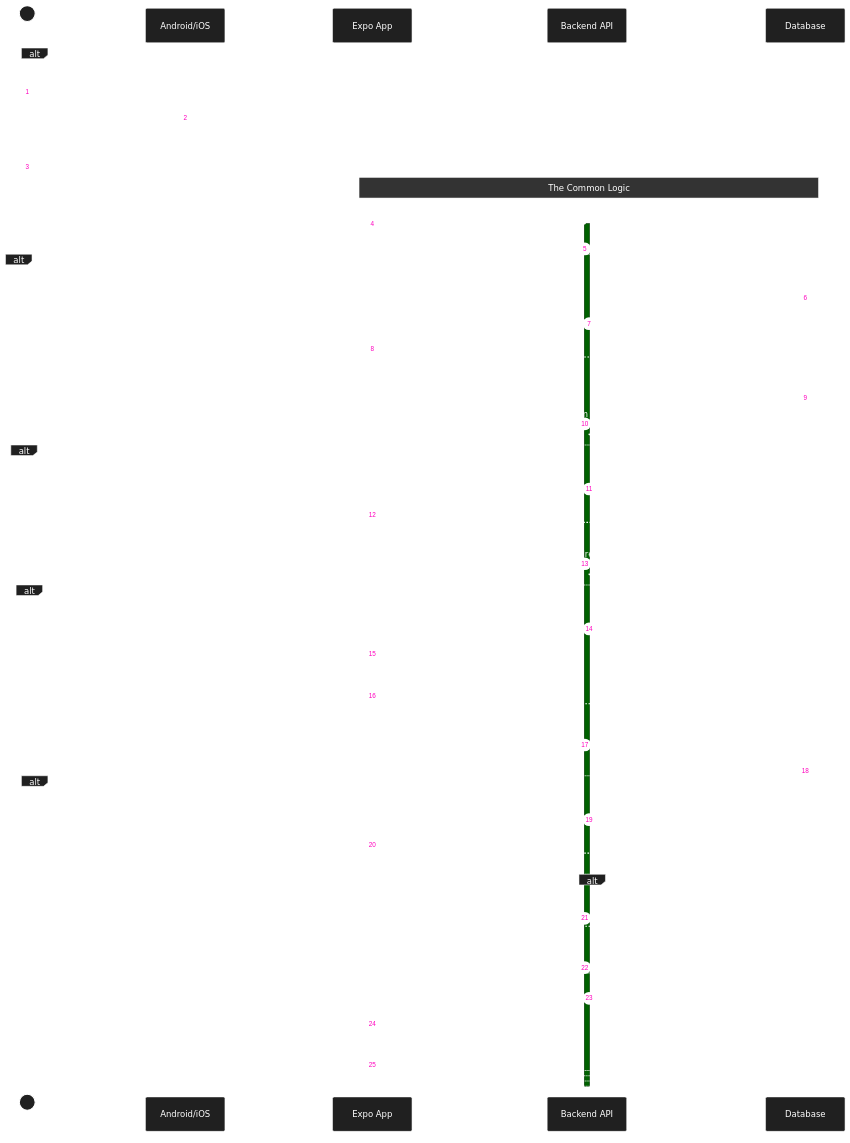
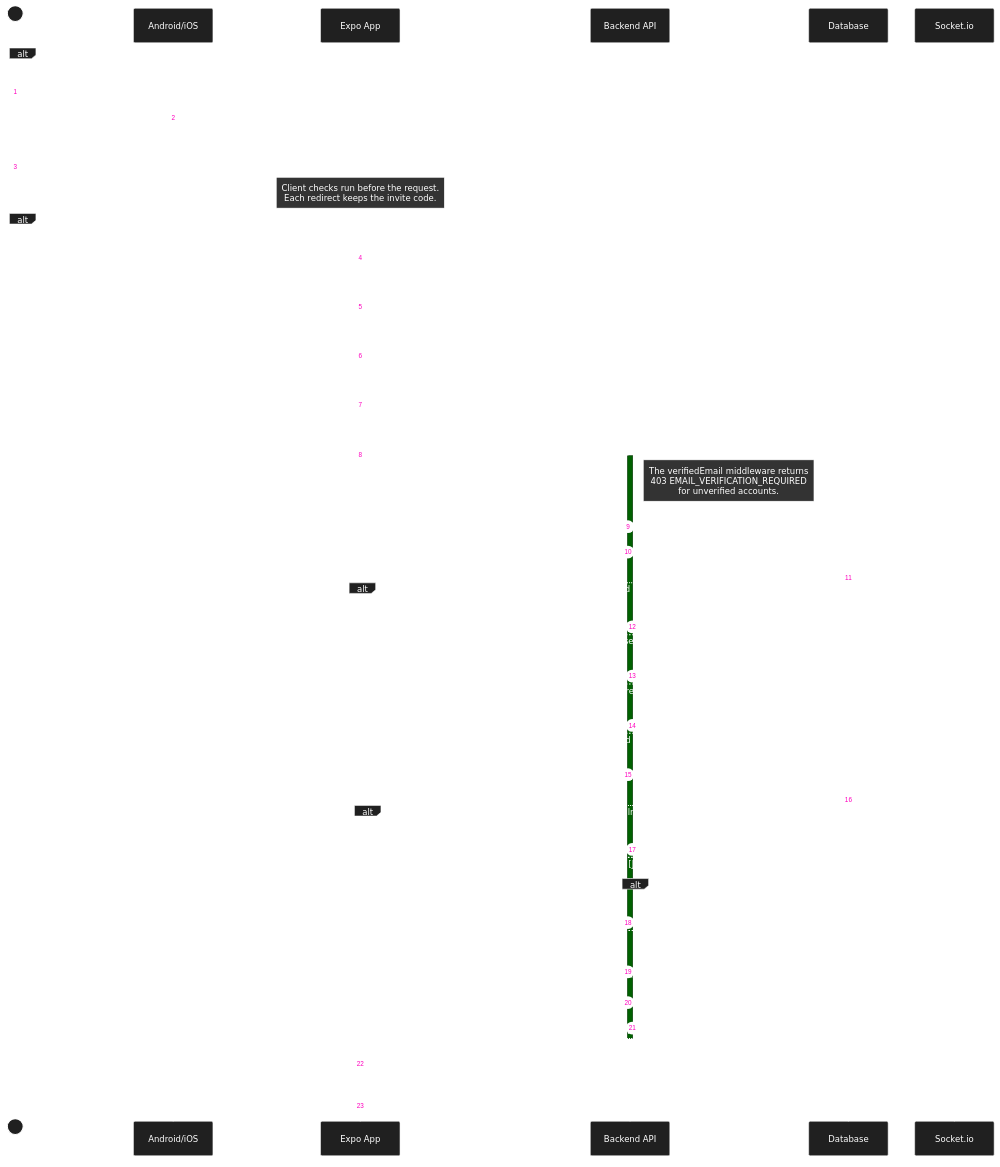
Before and after one commit to michaelgreenl/tally-tracker: the diagram in docs/diagrams/sequence/counter/join-shared.md, drawn with Mermaid. The commit also changed 8 other files, not shown here.

First line of the commit message:
docs(diagrams): match the diagrams to the current code

````diff
--- a/docs/diagrams/sequence/counter/join-shared.md
+++ b/docs/diagrams/sequence/counter/join-shared.md
@@ -3,82 +3,82 @@
 ```mermaid
 %%{
   init: {
     'theme': 'base',
     'themeVariables': {
       'primaryColor': '#202020',
       'primaryTextColor': '#fff',
       'primaryBorderColor': '#ffffff',
       'lineColor': '#00ff41',
       'secondaryColor': '#006100',
       'tertiaryColor': '#fff',
       'noteBkgColor': '#333',
       'noteTextColor': '#fff',
       'noteBorderColor': '#fff'
     }
   }
 }%%
 
 sequenceDiagram
     autonumber
     actor User
     participant OS as Android/iOS
     participant App as Expo App
     participant API as Backend API
     participant DB as Database
+    participant Socket as Socket.io
 
     alt Entry Point A: Deep Link
         User->>OS: Click "tally://join?code=XYZ"
         OS->>App: Expo Router opens /join?code=XYZ
     else Entry Point B: Web / Manual
         User->>App: Visit "/join?code=XYZ"
     end
 
-    Note over App, DB: The Common Logic
+    Note over App: Client checks run before the request.<br/>Each redirect keeps the invite code.
 
-    App->>API: POST /counters/join { inviteCode: "XYZ" }
+    alt Signed in without a username
+        App-->>User: Open the username step
+    else Missing code
+        App-->>User: Show "Invalid link" and open Home
+    else Guest
+        App-->>User: Open Login
+    else Email not verified
+        App-->>User: Open Verify Email
+    else Ready to join
+        App->>API: POST /counters/join { inviteCode } + idempotency key
 
-    activate API
-    API->>DB: Find Counter by Code
+        activate API
+        Note right of API: The verifiedEmail middleware returns<br/>403 EMAIL_VERIFICATION_REQUIRED<br/>for unverified accounts.
+        API->>DB: Lock the user row
+        API->>DB: Find Counter by Code
+        DB-->>API: Counter and shares, or null
 
-    alt Invalid Code
-        DB-->>API: Null
-        API-->>App: 404 Not Found
-        App-->>User: Show Error Toast
-    else Valid Code
-        DB-->>API: Counter Data
+        alt Invalid code or personal counter
+            API-->>App: 404 Not Found
+        else User owns counter
+            API-->>App: 409 Conflict
+        else Already ACCEPTED
+            API-->>App: 200 OK (Already joined + Counter Data)
+        else Not Joined or Previously Rejected
+            API->>DB: Get User Tier
+            DB-->>API: User Tier
 
-        API->>API: Check 1: Am I the Owner?
+            alt BASIC user already joined one shared counter
+                API-->>App: 403 Forbidden
+            else Join Allowed
+                alt New Share
+                    API->>DB: INSERT CounterShare (Status: ACCEPTED)
+                else Re-Joining (Was Rejected)
+                    API->>DB: UPDATE CounterShare (Status: ACCEPTED)
+                end
 
-        alt User Owns Counter
-            API-->>App: 409 Conflict
-            App-->>User: Show Error Toast
-        else User Does Not Own Counter
-            API->>API: Check 2: Already Joined?
-
-            alt Already ACCEPTED
-                API-->>App: 200 OK (Already joined + Counter Data)
-                App->>App: Add to Store
-                App-->>User: Redirect to Home
-            else Not Joined or Previously Rejected
-                API->>DB: Get User Tier
-                DB-->>API: User Tier
-
-                alt BASIC user already joined one shared counter
-                    API-->>App: 403 Forbidden
-                    App-->>User: Show Error Toast
-                else Join Allowed
-                    alt New Share
-                        API->>DB: INSERT CounterShare (Status: ACCEPTED)
-                    else Re-Joining (Was Rejected)
-                        API->>DB: UPDATE CounterShare (Status: ACCEPTED)
-                    end
-
-                    API-->>App: 201 Created (+ Counter Data)
-                    App->>App: Add to Store
-                    App-->>User: Redirect to Home
-                end
+                API->>Socket: Emit counters-changed to each participant
+                API-->>App: 201 Created (+ Counter Data)
             end
         end
+        deactivate API
+
+        App->>App: Add a new counter to the store
+        App-->>User: Show the result and open Home
     end
-    deactivate API
 ```
````
